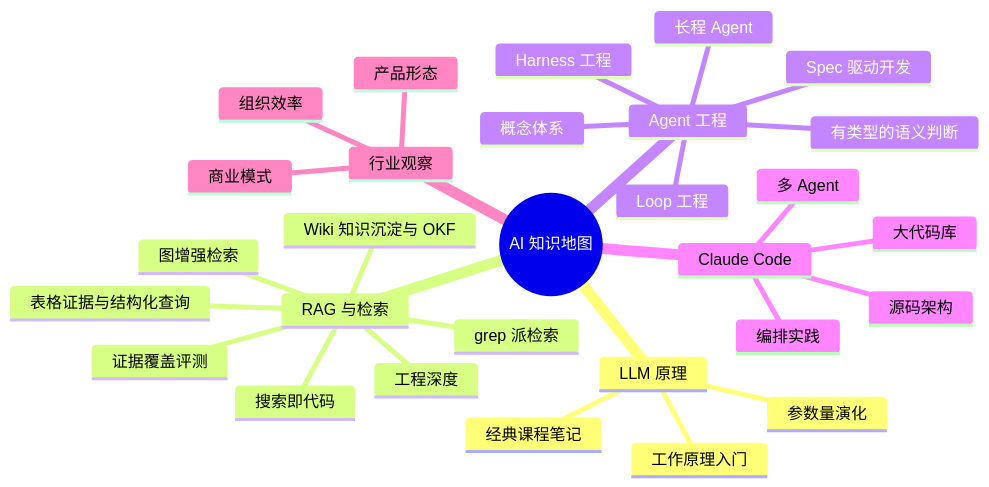
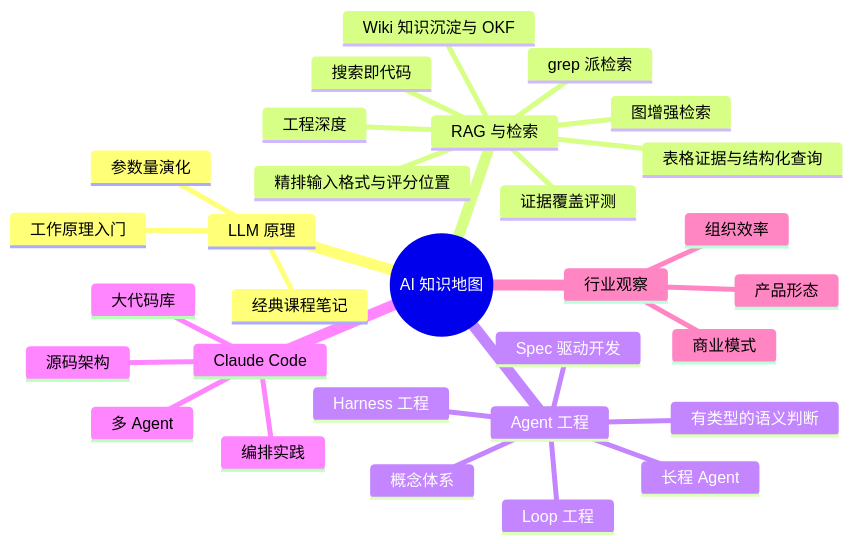
Before and after one commit to puppylpg/puppylpg.github.io: the diagram in _wiki/ai-llm-agent.md, drawn with Mermaid. The commit also changed other lines of this file and 1 other file, not shown here.

````diff
--- a/_wiki/ai-llm-agent.md
+++ b/_wiki/ai-llm-agent.md
@@ -25,32 +25,33 @@
 ```mermaid
 mindmap
   root((AI 知识地图))
     LLM 原理
       工作原理入门
       参数量演化
       经典课程笔记
     RAG 与检索
       工程深度
+      精排输入格式与评分位置
       图增强检索
       grep 派检索
       搜索即代码
       证据覆盖评测
       表格证据与结构化查询
       Wiki 知识沉淀与 OKF
     Agent 工程
       概念体系
       Harness 工程
       Loop 工程
       长程 Agent
       Spec 驱动开发
       有类型的语义判断
     Claude Code
       源码架构
       多 Agent
       大代码库
       编排实践
     行业观察
       产品形态
       商业模式
       组织效率
 ```
````
